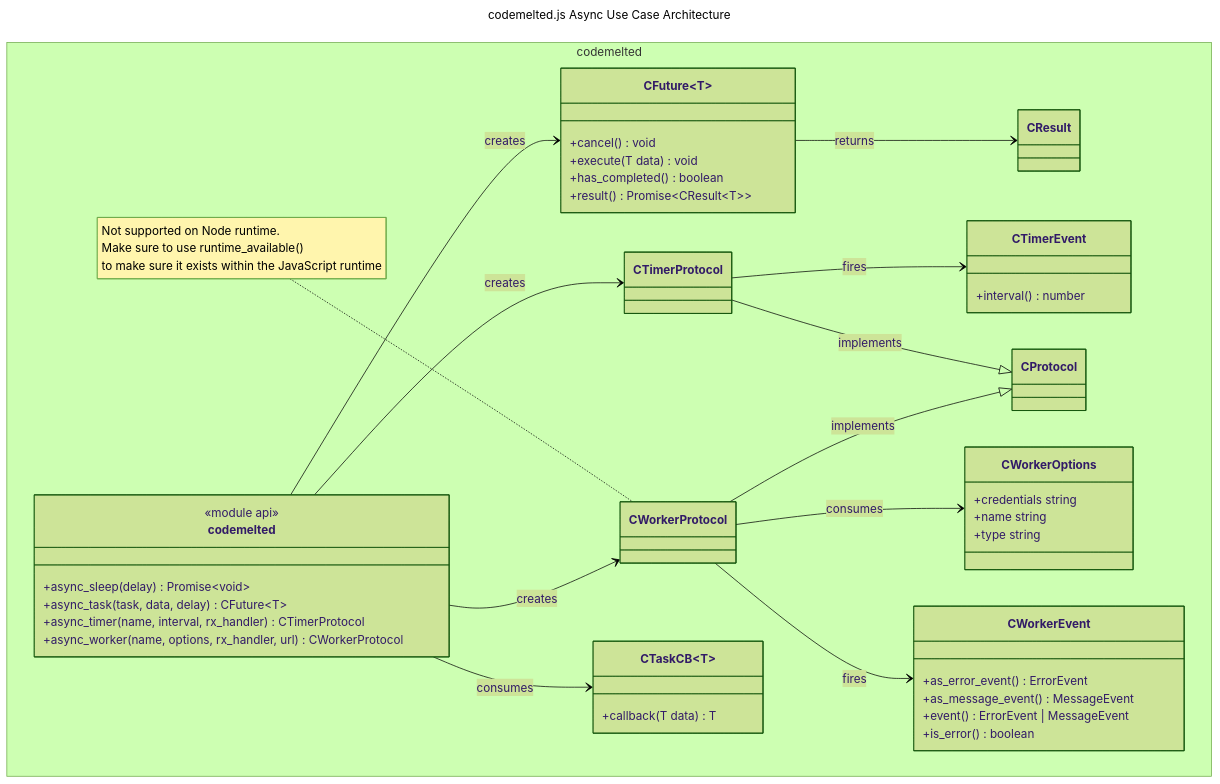
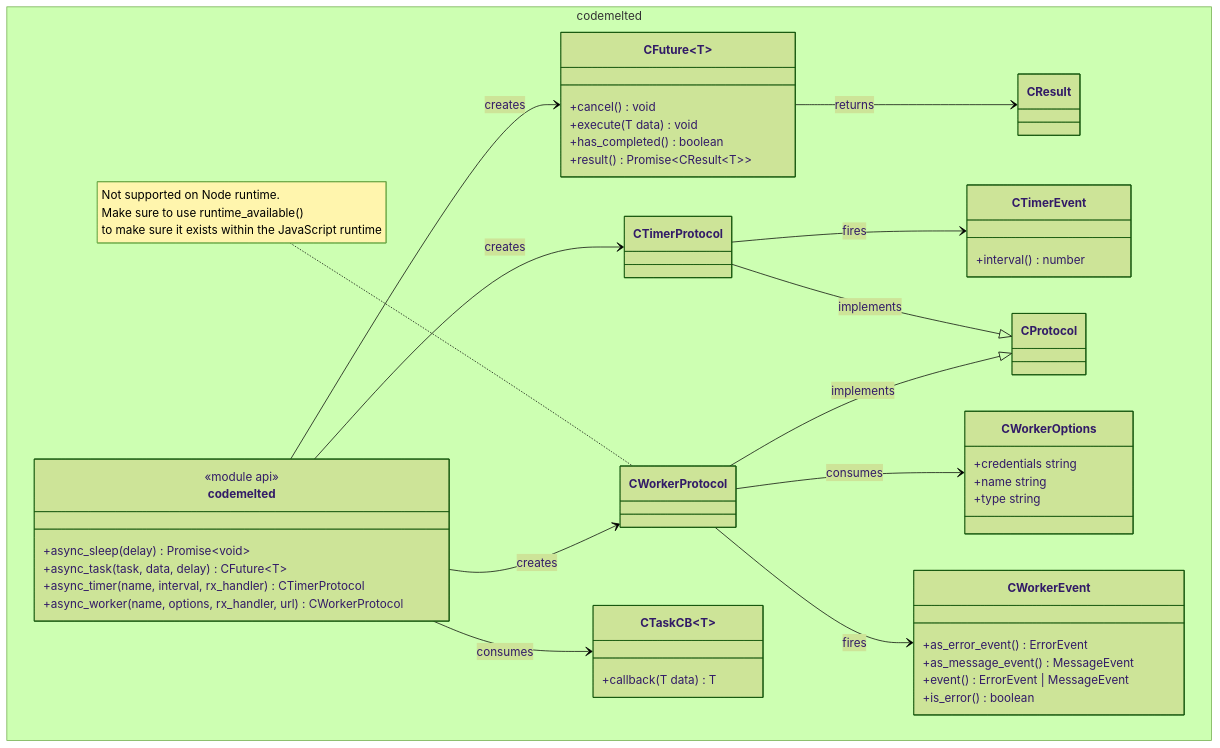
One commit to CodeMelted/codemelted.js changed the diagram in docs/models/async_usecase.mmd. Above: the diagram before and after it, drawn with Mermaid (forest theme). The commit also changed 116 other files, not shown here.

```diff
--- a/docs/models/async_usecase.mmd
+++ b/docs/models/async_usecase.mmd
@@ -1,62 +1,59 @@
----
-title: codemelted.js Async Use Case Architecture
----
 classDiagram
   namespace codemelted_ns["codemelted"] {
     %% Module Core
     class CResult
     class CProtocol
 
     %% Async Use Case Specifics
     class CFuture~T~ {
       +cancel() void
       +execute(T data) void
       +has_completed() boolean
       +result() Promise~CResult~T~~
     }
 
     class CTaskCB~T~ {
       +callback(T data) T
     }
 
     class CTimerEvent {
       +interval() number
     }
 
     class CTimerProtocol
 
     class CWorkerEvent {
       +as_error_event() ErrorEvent
       +as_message_event() MessageEvent
       +event() ErrorEvent | MessageEvent
       +is_error() boolean
     }
 
     class CWorkerOptions {
       +credentials string
       +name string
       +type string
     }
 
     class CWorkerProtocol
     note for CWorkerProtocol "Not supported on Node runtime.<br>Make sure to use runtime_available()<br>to make sure it exists within the JavaScript runtime"
 
     class codemelted {
       <<module api>>
       +async_sleep(delay) Promise~void~
       +async_task(task, data, delay) CFuture~T~
       +async_timer(name, interval, rx_handler) CTimerProtocol
       +async_worker(name, options, rx_handler, url) CWorkerProtocol
     }
   }
 
   CFuture --> CResult: returns
   CTimerProtocol --> CTimerEvent: fires
   CTimerProtocol --|> CProtocol: implements
   CWorkerProtocol --> CWorkerOptions: consumes
   CWorkerProtocol --> CWorkerEvent: fires
   CWorkerProtocol --|> CProtocol: implements
   codemelted --> CFuture: creates
   codemelted --> CTaskCB: consumes
   codemelted --> CTimerProtocol: creates
   codemelted --> CWorkerProtocol: creates
```
